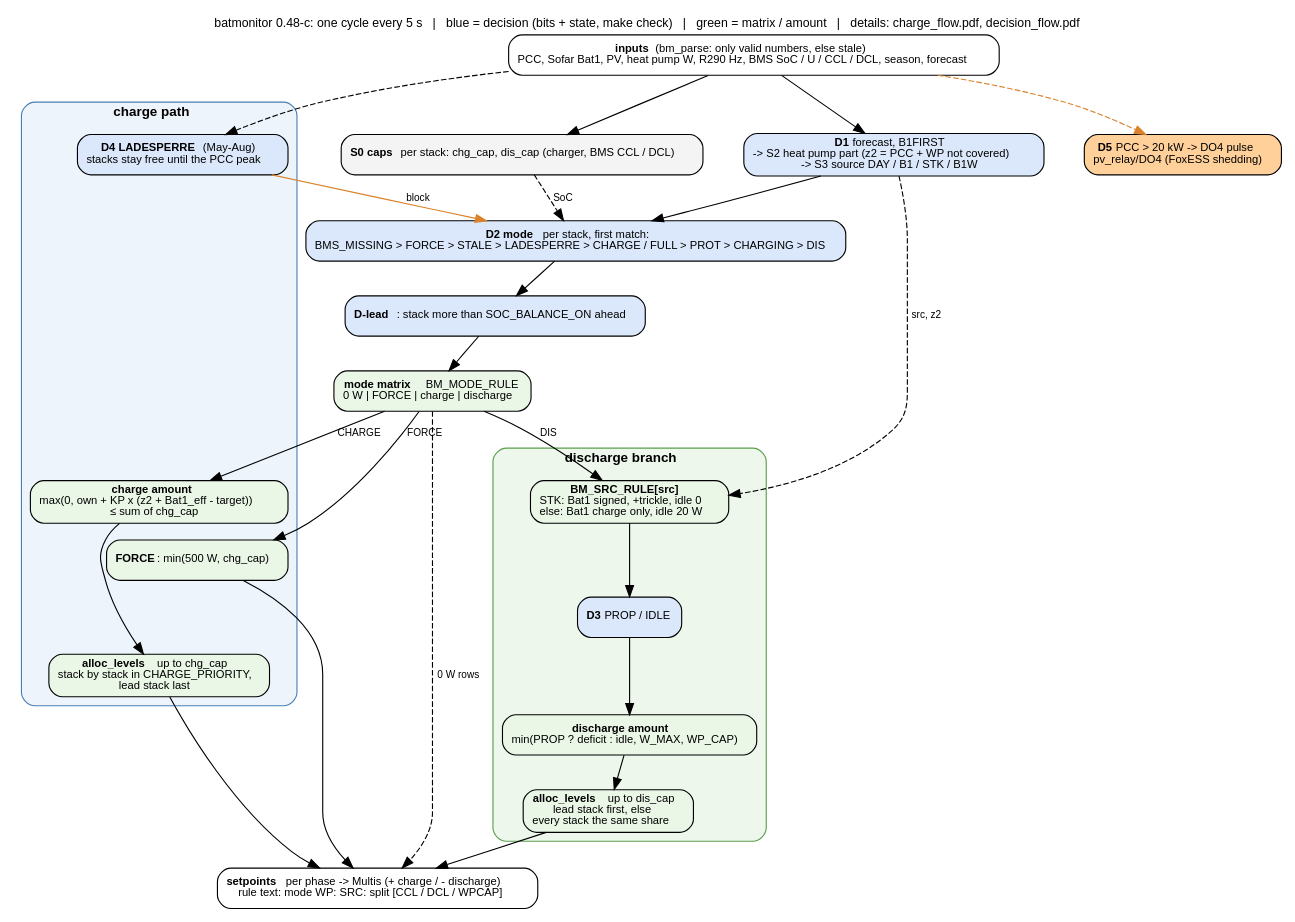
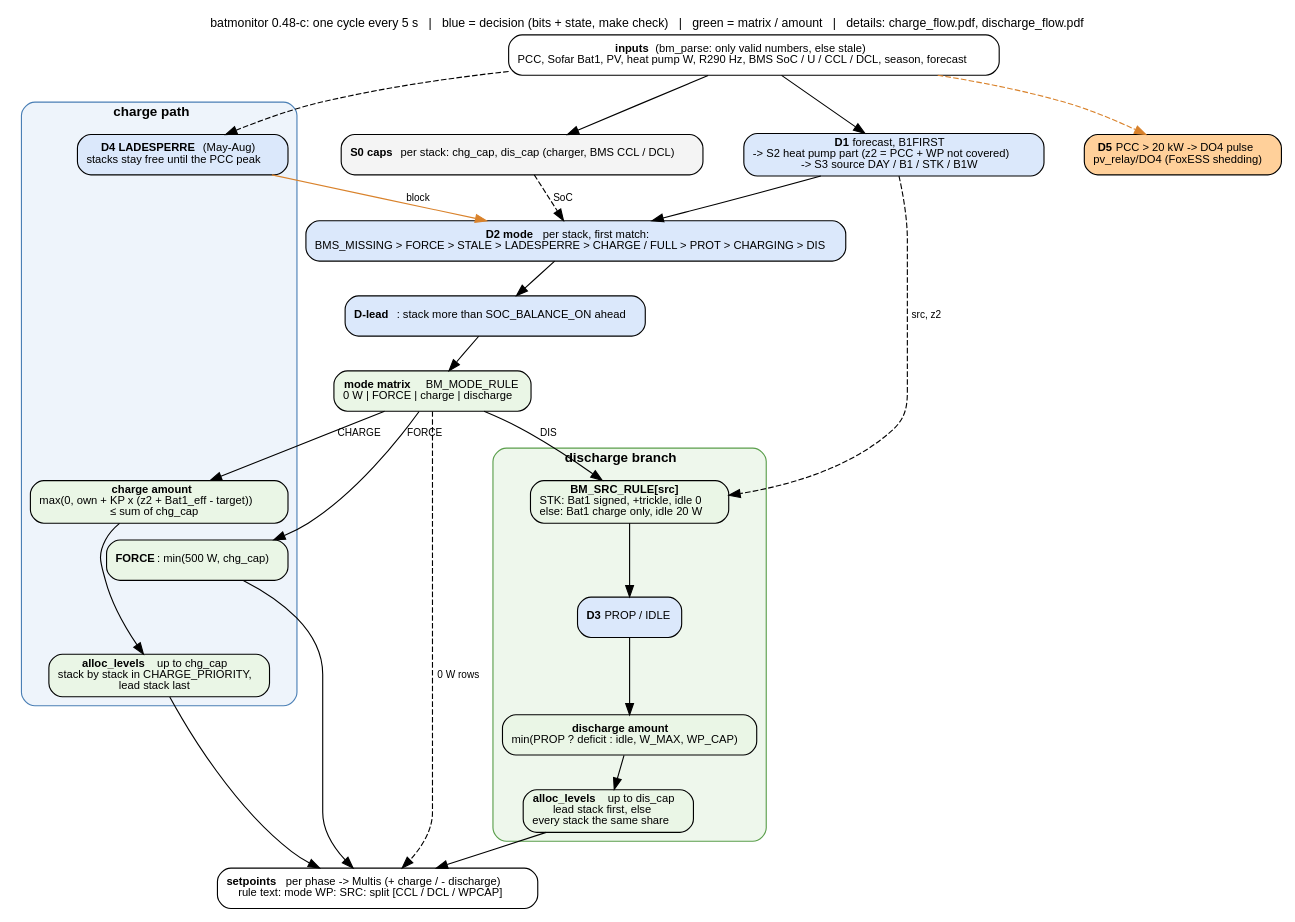
Before and after one commit to gerontec/victron: the diagram in docs/control_flow.dot, drawn with Graphviz. The commit also changed 7 other files, not shown here.

Commit message:
docs: rename decision_flow to discharge_flow (charge_flow / discharge_flow / control_flow)

```diff
--- a/docs/control_flow.dot
+++ b/docs/control_flow.dot
@@ -1,54 +1,54 @@
 // batmonitor 0.48-c: overview of one cycle - a common trunk, then one charge path and one discharge branch.
-// Details: charge_flow.pdf (charge path, peak window) and decision_flow.pdf (discharge matrix, CBMC coverage).
+// Details: charge_flow.pdf (charge path, peak window) and discharge_flow.pdf (discharge matrix, CBMC coverage).
 // render: dot -Tpdf control_flow.dot -o control_flow.pdf   (or -Tpng)
 digraph control {
 	graph [rankdir=TB, fontname="Helvetica", fontsize=11, nodesep=0.5, ranksep=0.4, newrank=true,
-		   label="batmonitor 0.48-c: one cycle every 5 s   |   blue = decision (bits + state, make check)   |   green = matrix / amount   |   details: charge_flow.pdf, decision_flow.pdf",
+		   label="batmonitor 0.48-c: one cycle every 5 s   |   blue = decision (bits + state, make check)   |   green = matrix / amount   |   details: charge_flow.pdf, discharge_flow.pdf",
 		   labelloc=t];
 	node [shape=box, style="rounded,filled", fillcolor="#f4f4f4", fontname="Helvetica", fontsize=10];
 	edge [fontname="Helvetica", fontsize=9];
 
 	in [label=<<b>inputs</b> (bm_parse: only valid numbers, else stale)<br/>PCC, Sofar Bat1, PV, heat pump W, R290 Hz, BMS SoC / U / CCL / DCL, season, forecast>, fillcolor="#ffffff"];
 	d1 [label=<<b>D1</b> forecast, B1FIRST<br/>-&gt; S2 heat pump part (z2 = PCC + WP not covered)<br/>-&gt; S3 source DAY / B1 / STK / B1W>, fillcolor="#dbe8fb"];
 	gates [label=<<b>S0 caps</b> per stack: chg_cap, dis_cap (charger, BMS CCL / DCL)>];
 	d2 [label=<<b>D2 mode</b> per stack, first match:<br/>BMS_MISSING &gt; FORCE &gt; STALE &gt; LADESPERRE &gt; CHARGE / FULL &gt; PROT &gt; CHARGING &gt; DIS>, fillcolor="#dbe8fb"];
 	lead [label=<<b>D-lead</b>: stack more than SOC_BALANCE_ON ahead>, fillcolor="#dbe8fb"];
 	mode [label=<<b>mode matrix</b> BM_MODE_RULE<br/>0 W | FORCE | charge | discharge>, fillcolor="#eaf6e6", shape=box];
 
 	subgraph cluster_charge {
 		label=<<b>charge path</b>>; style="rounded,filled"; fillcolor="#eef4fb"; color="#4a7fb5"; fontsize=12;
 		d4 [label=<<b>D4 LADESPERRE</b> (May-Aug)<br/>stacks stay free until the PCC peak>, fillcolor="#dbe8fb"];
 		cforce [label=<<b>FORCE</b>: min(500 W, chg_cap)>, fillcolor="#eaf6e6"];
 		camount [label=<<b>charge amount</b><br/>max(0, own + KP x (z2 + Bat1_eff - target))<br/>&le; sum of chg_cap>, fillcolor="#eaf6e6"];
 		csplit [label=<<b>alloc_levels</b> up to chg_cap<br/>stack by stack in CHARGE_PRIORITY,<br/>lead stack last>, fillcolor="#eaf6e6"];
 		camount -> csplit;
 	}
 
 	subgraph cluster_dis {
 		label=<<b>discharge branch</b>>; style="rounded,filled"; fillcolor="#eef7ec"; color="#5a9e4b"; fontsize=12;
 		src [label=<<b>BM_SRC_RULE[src]</b><br/>STK: Bat1 signed, +trickle, idle 0<br/>else: Bat1 charge only, idle 20 W>, fillcolor="#eaf6e6"];
 		d3 [label=<<b>D3</b> PROP / IDLE>, fillcolor="#dbe8fb"];
 		damount [label=<<b>discharge amount</b><br/>min(PROP ? deficit : idle, W_MAX, WP_CAP)>, fillcolor="#eaf6e6"];
 		dsplit [label=<<b>alloc_levels</b> up to dis_cap<br/>lead stack first, else<br/>every stack the same share>, fillcolor="#eaf6e6"];
 		src -> d3 -> damount -> dsplit;
 	}
 
 	d5 [label=<<b>D5</b> PCC &gt; 20 kW -&gt; DO4 pulse<br/>pv_relay/DO4 (FoxESS shedding)>, fillcolor="#ffd09a"];
 	out [label=<<b>setpoints</b> per phase -&gt; Multis (+ charge / - discharge)<br/>rule text: mode WP: SRC: split [CCL / DCL / WPCAP]>, fillcolor="#ffffff"];
 
 	in -> d1 -> d2;
 	in -> gates;
 	gates -> d2 [style=dashed, label=" SoC"];
 	d2 -> lead -> mode;
 	mode -> cforce [label=" FORCE"];
 	mode -> camount [label=" CHARGE"];
 	mode -> src [label=" DIS"];
 	mode -> out [label=" 0 W rows", style=dashed];
 	d4 -> d2 [color="#d9822b", label=" block"];
 	in -> d4 [style=dashed];
 	in -> d5 [style=dashed, color="#d9822b"];
 	d1 -> src [style=dashed, label=" src, z2"];
 	cforce -> out;
 	csplit -> out;
 	dsplit -> out;
 }
```
